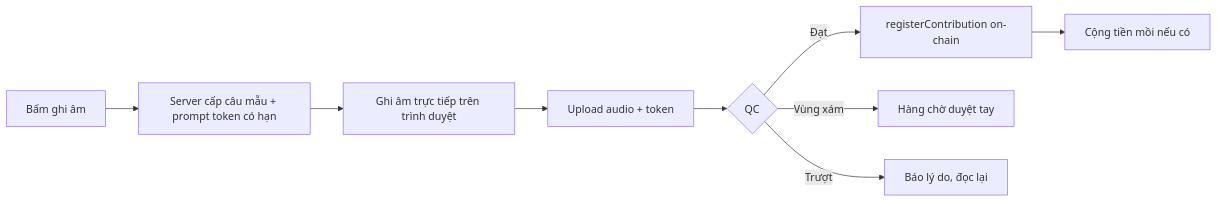
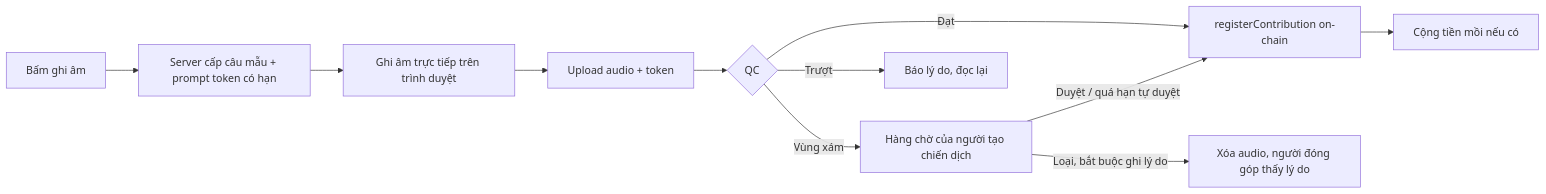
One commit to ZelusIsMe-05/DatasetMarketplace changed the second of 4 diagrams in DatasetMarketplace_Hackathon.md. Above: the diagram before and after it, drawn with Mermaid. The commit also changed other lines of this file and 154 other files, not shown here.

````diff
--- a/DatasetMarketplace_Hackathon.md
+++ b/DatasetMarketplace_Hackathon.md
@@ -177,11 +224,13 @@
 ```mermaid
 flowchart LR
     A[Bấm ghi âm] --> B[Server cấp câu mẫu + prompt token có hạn]
     B --> C[Ghi âm trực tiếp trên trình duyệt]
     C --> D[Upload audio + token]
     D --> E{QC}
     E -- Đạt --> F[registerContribution on-chain]
-    E -- Vùng xám --> G[Hàng chờ duyệt tay]
+    E -- Vùng xám --> G[Hàng chờ của người tạo chiến dịch]
     E -- Trượt --> H[Báo lý do, đọc lại]
+    G -- Duyệt / quá hạn tự duyệt --> F
+    G -- Loại, bắt buộc ghi lý do --> J[Xóa audio, người đóng góp thấy lý do]
     F --> I[Cộng tiền mồi nếu có]
 ```
````
